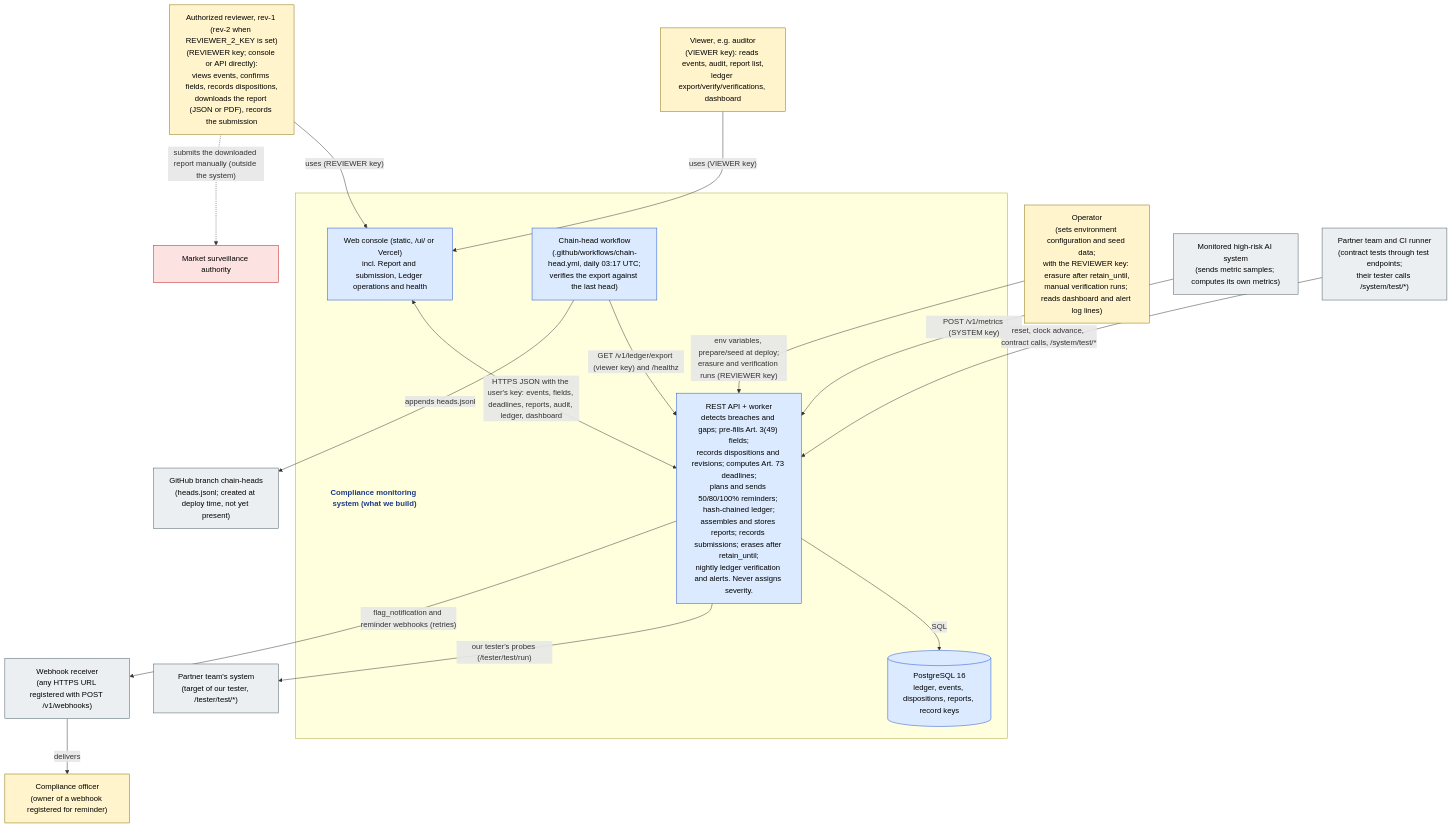
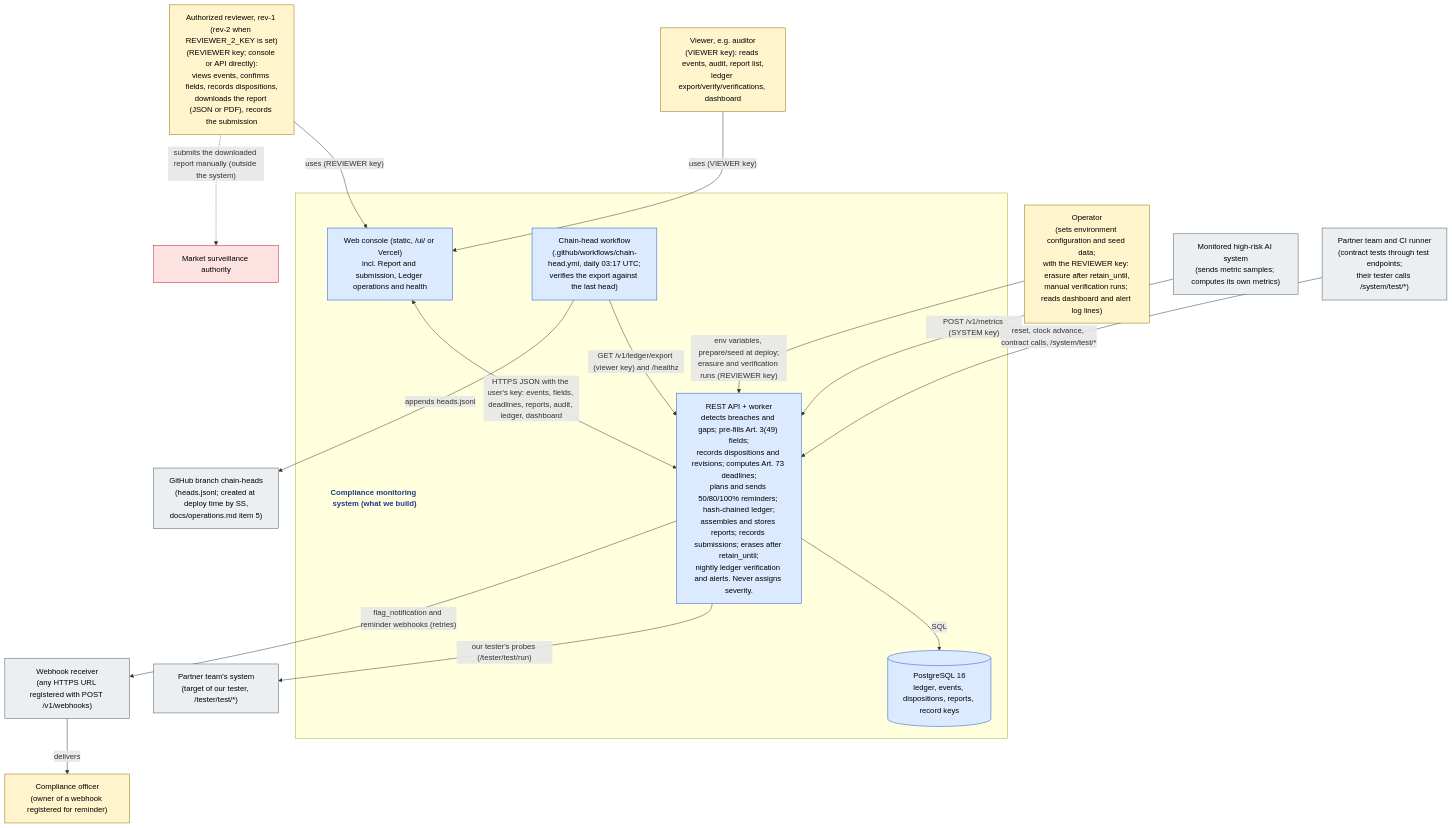
One commit to Shadiamw/EU_AI_ACT_MONITOR changed the first of 3 diagrams in docs/models/phase5_models.md. Above: the diagram before and after it, drawn with Mermaid. The commit also changed other lines of this file and 6 other files, not shown here.

First line of the commit message:
Docs: Phase 5 models state the chain-head workflow and branch without time-bound labels

````diff
--- a/docs/models/phase5_models.md
+++ b/docs/models/phase5_models.md
@@ -19,46 +19,46 @@
 ```mermaid
 flowchart TB
     CO["Compliance officer<br/>(owner of a webhook registered for reminder)"]
     MSA["Market surveillance authority"]
     OP["Operator<br/>(sets environment configuration and seed data;<br/>with the REVIEWER key: erasure after retain_until,<br/>manual verification runs; reads dashboard and alert log lines)"]
     MS["Monitored high-risk AI system<br/>(sends metric samples; computes its own metrics)"]
     PEER["Partner team's system<br/>(target of our tester, /tester/test/*)"]
     WH["Webhook receiver<br/>(any HTTPS URL registered with POST /v1/webhooks)"]
     PT["Partner team and CI runner<br/>(contract tests through test endpoints;<br/>their tester calls /system/test/*)"]
     VIEW["Viewer, e.g. auditor<br/>(VIEWER key): reads events, audit, report list,<br/>ledger export/verify/verifications, dashboard"]
     REV["Authorized reviewer, rev-1 (rev-2 when REVIEWER_2_KEY is set)<br/>(REVIEWER key; console or API directly):<br/>views events, confirms fields, records dispositions,<br/>downloads the report (JSON or PDF), records the submission"]
-    BR["GitHub branch chain-heads<br/>(heads.jsonl; created at deploy time, not yet present)"]
+    BR["GitHub branch chain-heads<br/>(heads.jsonl; created at deploy time by SS,<br/>docs/operations.md item 5)"]
     subgraph SYS[" "]
         SYSL["Compliance monitoring system (what we build)"]
         CORE["REST API + worker<br/>detects breaches and gaps; pre-fills Art. 3(49) fields;<br/>records dispositions and revisions; computes Art. 73 deadlines;<br/>plans and sends 50/80/100% reminders; hash-chained ledger;<br/>assembles and stores reports; records submissions; erases after retain_until;<br/>nightly ledger verification and alerts. Never assigns severity."]
         DB[("PostgreSQL 16<br/>ledger, events, dispositions, reports, record keys")]
         UI["Web console (static, /ui/ or Vercel)<br/>incl. Report and submission, Ledger operations and health"]
         GHA["Chain-head workflow<br/>(.github/workflows/chain-head.yml, daily 03:17 UTC;<br/>verifies the export against the last head)"]
     end
 
     CORE -- "SQL" --> DB
     OP -- "env variables, prepare/seed at deploy;<br/>erasure and verification runs (REVIEWER key)" --> CORE
     UI <-- "HTTPS JSON with the user's key: events, fields, deadlines, reports, audit, ledger, dashboard" --> CORE
     WH -- "delivers" --> CO
     MS -- "POST /v1/metrics (SYSTEM key)" --> CORE
     PT -- "reset, clock advance, contract calls, /system/test/*" --> CORE
     CORE -- "our tester's probes (/tester/test/run)" --> PEER
     CORE -- "flag_notification and reminder webhooks (retries)" --> WH
     VIEW -- "uses (VIEWER key)" --> UI
     REV -- "uses (REVIEWER key)" --> UI
     REV -. "submits the downloaded report manually (outside the system)" .-> MSA
     GHA -- "GET /v1/ledger/export (viewer key) and /healthz" --> CORE
     GHA -- "appends heads.jsonl" --> BR
     UI ~~~ SYSL
 
     classDef person fill:#fff4cc,stroke:#8a6d00,color:#000
     classDef ext fill:#eceff1,stroke:#455a64,color:#000
     classDef sys fill:#dbeafe,stroke:#1d4ed8,color:#000
     classDef reg fill:#fde2e2,stroke:#b91c1c,color:#000
     class REV,VIEW,CO,OP person
     class MS,WH,PT,PEER,BR ext
     class CORE,DB,UI,GHA sys
     class MSA reg
     classDef boundary fill:none,stroke:none,color:#1e3a8a,font-weight:bold
     class SYSL boundary
 ```
````
